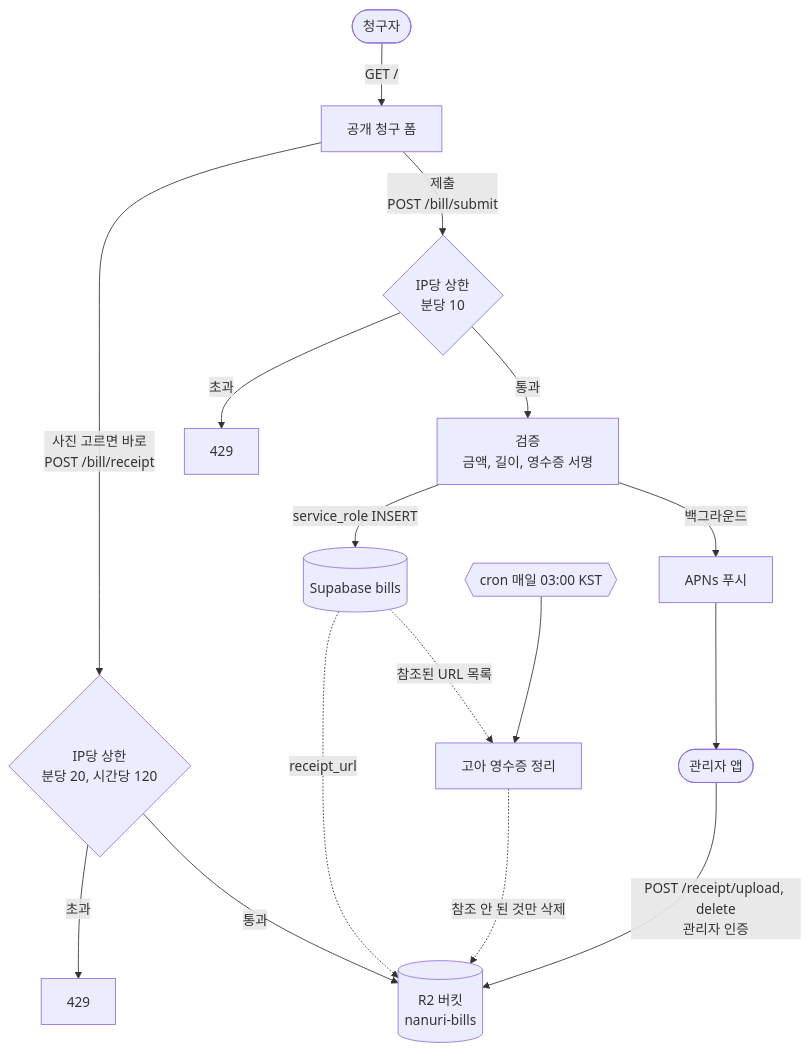
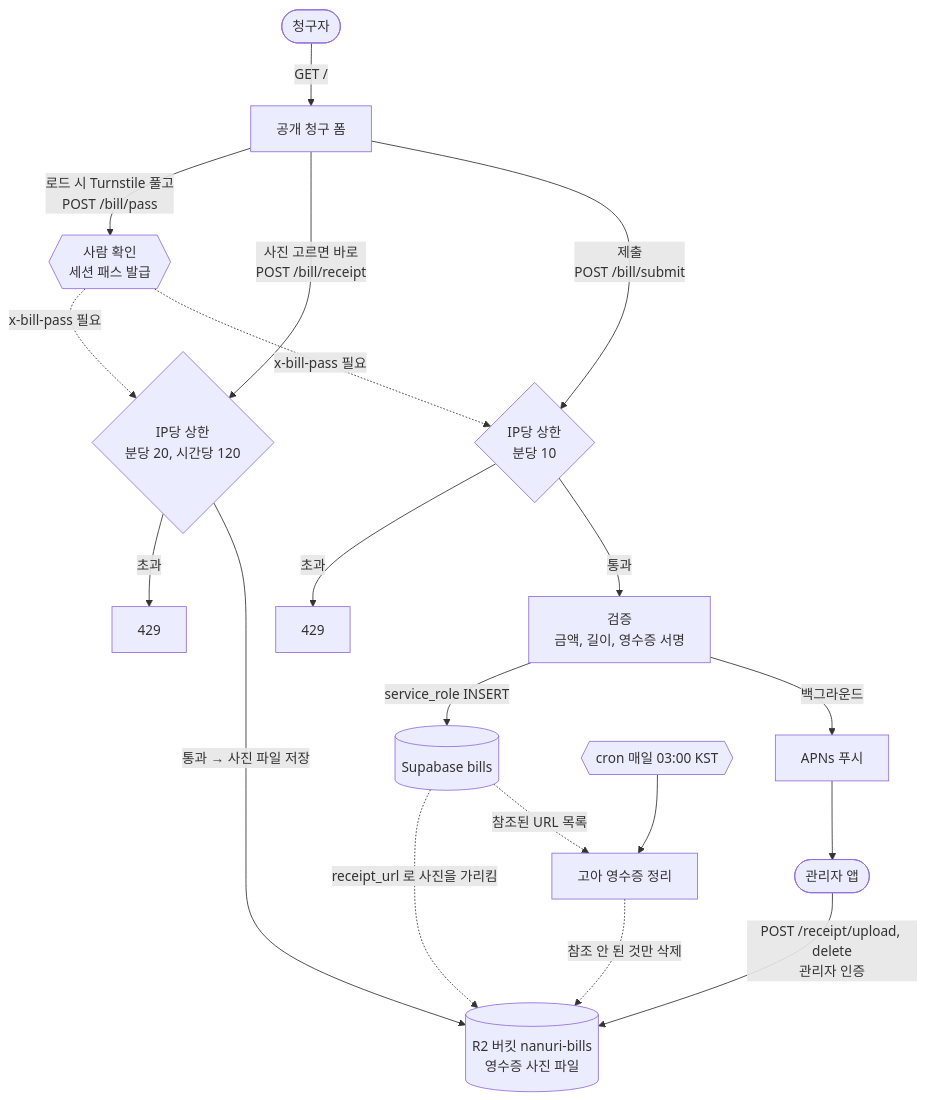
One commit to Ciracino88/nanuri-ios-app changed the diagram in worker/README.md. Above: the diagram before and after it, drawn with Mermaid. The commit also changed other lines of this file and 2 other files, not shown here.

First line of the commit message:
공개 폼에 Turnstile 사람 확인을 세션 패스 방식으로 붙인다

````diff
--- a/worker/README.md
+++ b/worker/README.md
@@ -19,22 +19,27 @@
 ```mermaid
 flowchart TD
     U([청구자]) -->|GET /| F[공개 청구 폼]
 
+    F -->|"로드 시 Turnstile 풀고<br/>POST /bill/pass"| PASS{{"사람 확인<br/>세션 패스 발급"}}
+
     F -->|"사진 고르면 바로<br/>POST /bill/receipt"| R1{"IP당 상한<br/>분당 20, 시간당 120"}
     R1 -->|초과| E1[429]
-    R1 -->|통과| BUCKET[("R2 버킷<br/>nanuri-bills")]
+    R1 -->|"통과 → 사진 파일 저장"| BUCKET[("R2 버킷 nanuri-bills<br/>영수증 사진 파일")]
 
     F -->|"제출<br/>POST /bill/submit"| R2{"IP당 상한<br/>분당 10"}
     R2 -->|초과| E2[429]
     R2 -->|통과| V["검증<br/>금액, 길이, 영수증 서명"]
     V -->|"service_role INSERT"| DB[("Supabase bills")]
     V -->|백그라운드| P[APNs 푸시]
     P --> A([관리자 앱])
-    DB -.->|receipt_url| BUCKET
+    DB -.->|"receipt_url 로 사진을 가리킴"| BUCKET
+
+    PASS -.->|"x-bill-pass 필요"| R1
+    PASS -.->|"x-bill-pass 필요"| R2
 
     A -->|"POST /receipt/upload, delete<br/>관리자 인증"| BUCKET
 
     C{{"cron 매일 03:00 KST"}} --> CL[고아 영수증 정리]
     DB -.->|참조된 URL 목록| CL
     CL -.->|참조 안 된 것만 삭제| BUCKET
 ```
````
